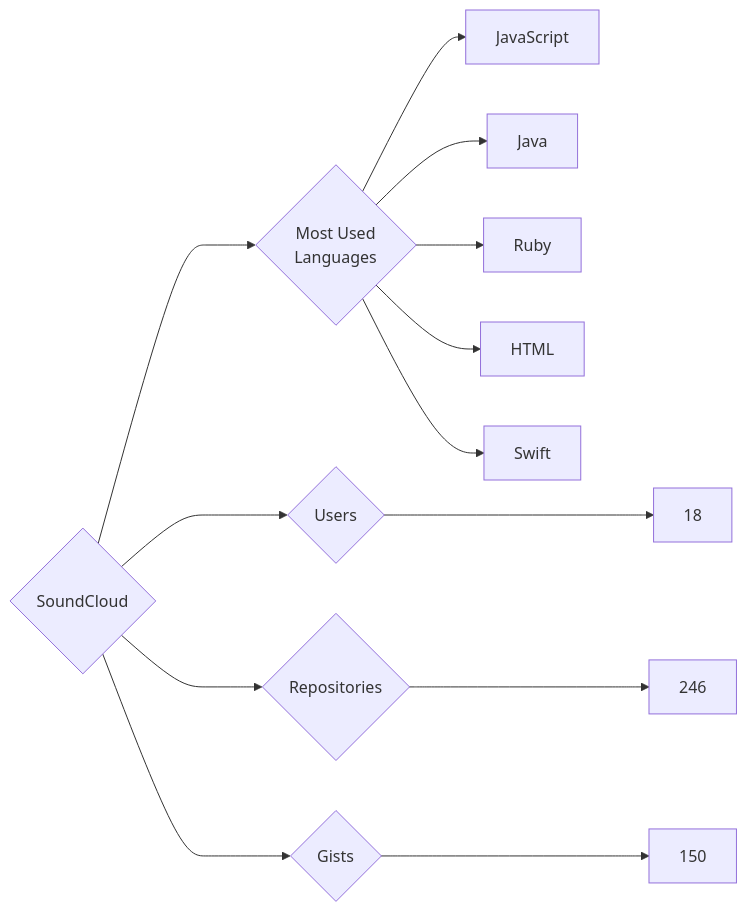
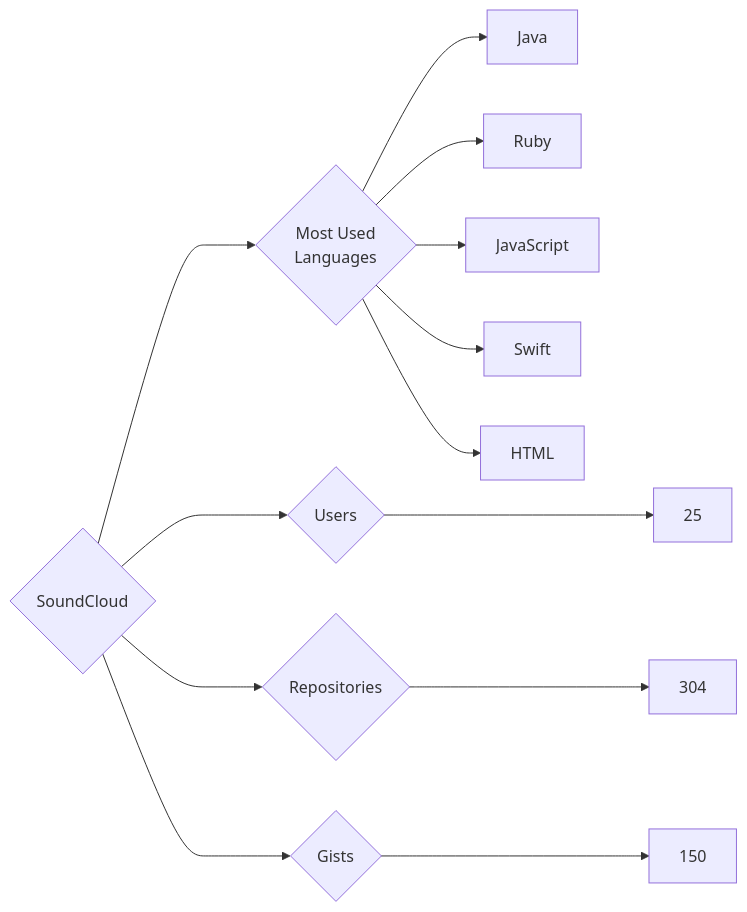
One commit to trickest/insiders changed the diagram in targets/SoundCloud/README.md. Above: the diagram before and after it, drawn with Mermaid. The commit also changed 870 other files, not shown here.

````diff
--- a/targets/SoundCloud/README.md
+++ b/targets/SoundCloud/README.md
@@ -3,13 +3,13 @@
 ```mermaid
 graph LR
 COMPANY_NAME{SoundCloud}
-COMPANY_NAME ---> U{Users} ---> UN[18]
-COMPANY_NAME ---> R{Repositories} ---> RN[246]
+COMPANY_NAME ---> U{Users} ---> UN[25]
+COMPANY_NAME ---> R{Repositories} ---> RN[304]
 COMPANY_NAME ---> G{Gists} ---> GN[150]
 COMPANY_NAME ---> ML{Most Used<br>Languages}
-ML --> JavaScript[JavaScript]
 ML --> Java[Java]
 ML --> Ruby[Ruby]
+ML --> JavaScript[JavaScript]
+ML --> Swift[Swift]
 ML --> HTML[HTML]
-ML --> Swift[Swift]
 ```
````
